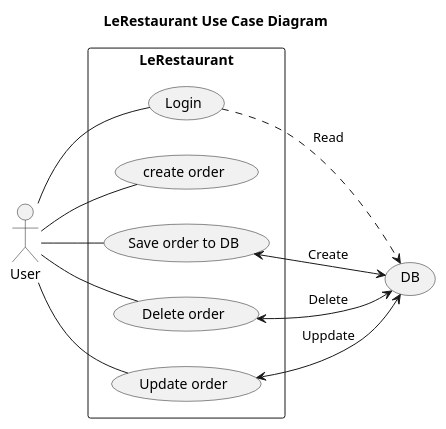
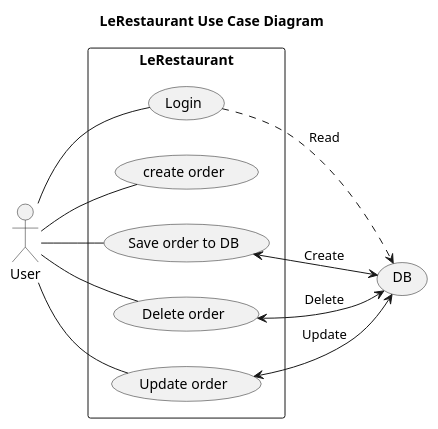
One commit to Tommy-wray/Synoptic-Project-Restaurant changed the diagram in Documentation/UseCaseDiagram.plantuml. Above: the diagram before and after it, drawn with PlantUML. The commit also changed 3 other files, not shown here.

```diff
--- a/Documentation/UseCaseDiagram.plantuml
+++ b/Documentation/UseCaseDiagram.plantuml
@@ -1,21 +1,21 @@
 @startuml
 
 title LeRestaurant Use Case Diagram 
 
 left to right direction
  :User:
  (DB)
  rectangle LeRestaurant {
      User -- (Login)
      User -- (create order)
      User -- (Save order to DB)
      User -- (Delete order)
      User -- (Update order)
      (Save order to DB) <--> DB : Create
-     (Update order) <--> DB : Uppdate
+     (Update order) <--> DB : Update
      (Delete order) <--> DB : Delete
      (Login) ..> DB : Read
      
  }
  
 @enduml
```
